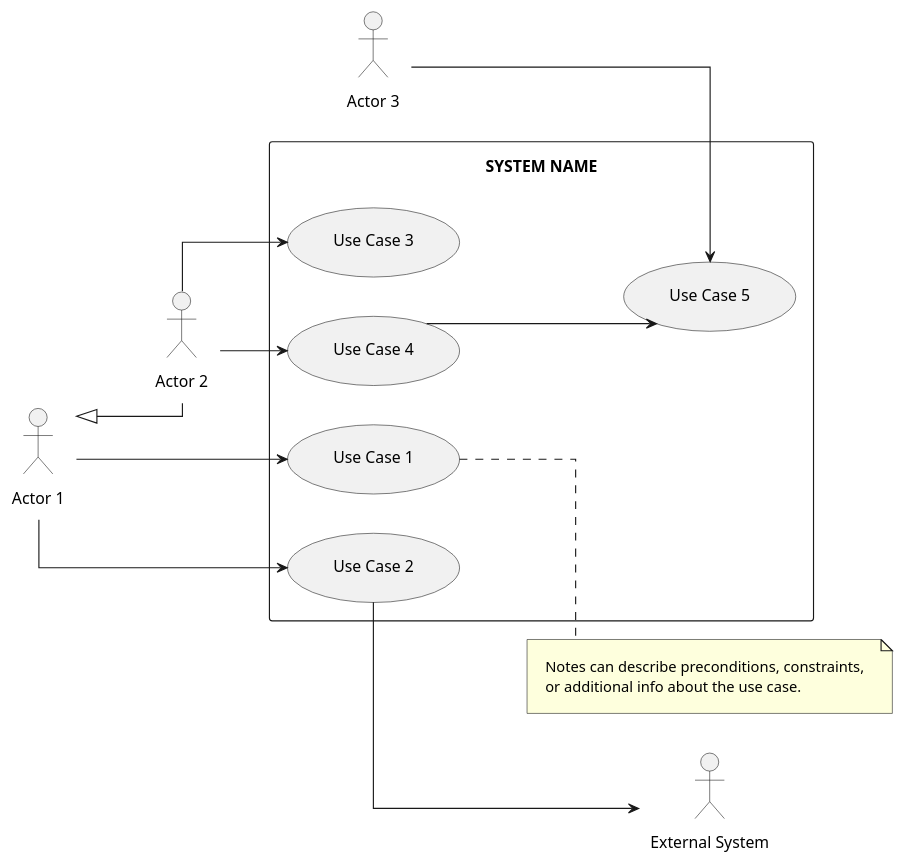
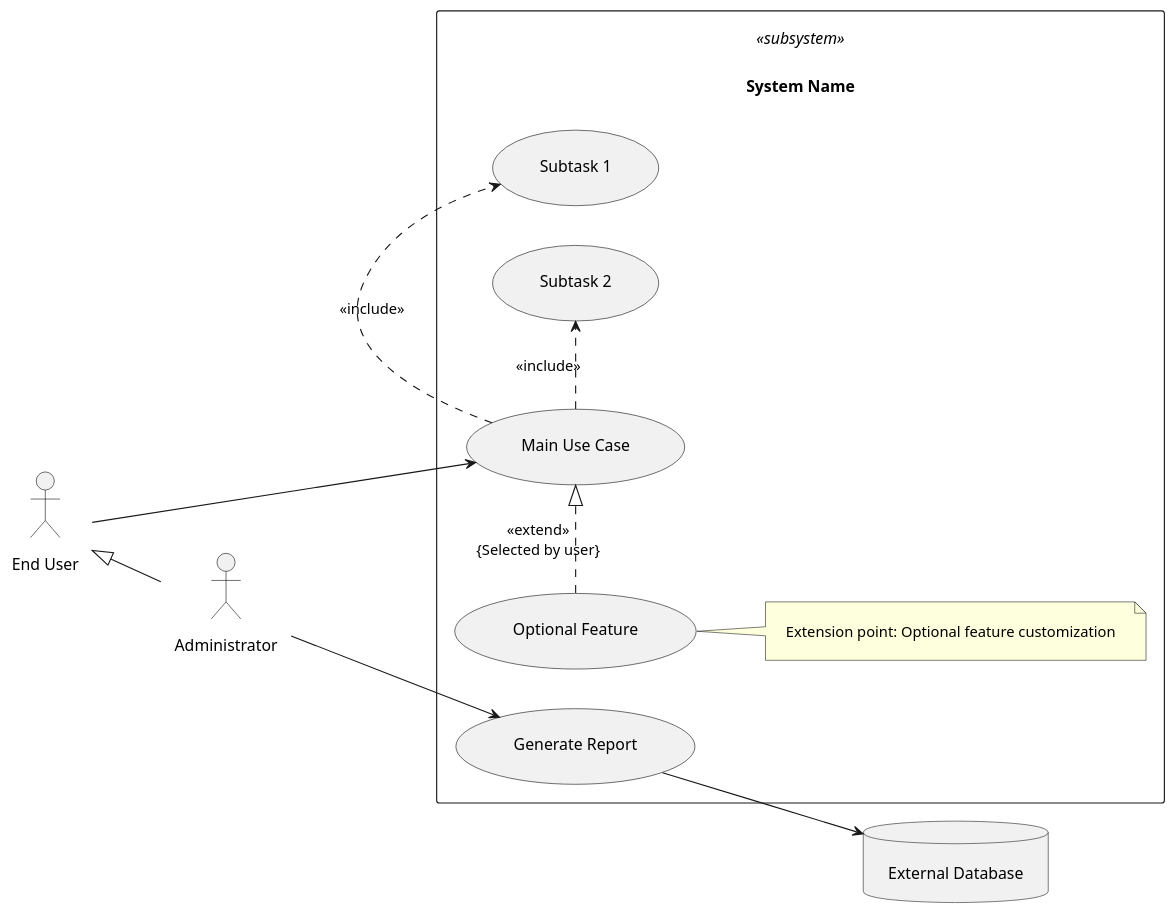
Before and after one commit to andikatjacobdennis/UML: the diagram in usecase/plantuml_usecase.puml, drawn with PlantUML. The commit also changed 1 other file, not shown here.

Commit message:
updated usecase

```diff
--- a/usecase/plantuml_usecase.puml
+++ b/usecase/plantuml_usecase.puml
@@ -1,48 +1,47 @@
 @startuml
 
-skinparam linetype polyline
-skinparam linetype ortho
-skinparam Shadowing false
-skinparam Padding 10
-skinparam NodePadding 10
-skinparam ComponentPadding 10
-
-' UML 2.5 Compliant Use Case Diagram Template
-
+' Layout & Style
 left to right direction
 skinparam packageStyle rectangle
+skinparam Shadowing false
+skinparam Padding 12
+skinparam NodePadding 12
+skinparam ComponentPadding 12
+skinparam ActorBorderColor black
+skinparam ActorFontColor black
+skinparam UsecaseBorderColor black
+skinparam UsecaseFontColor black
 
 ' Actors
-actor "Actor 1" as ACT1
-actor "Actor 2" as ACT2
-actor "Actor 3" as ACT3
-actor "External System" as EXT
+actor "End User" as USER
+actor "Administrator" as ADMIN
+database "External Database" as EXTDATA
 
-' Generalization among actors
-ACT1 <|-- ACT2
+' Actor hierarchy
+USER <|-- ADMIN
 
 ' System / Use Cases
-package "SYSTEM NAME" {
-  usecase "Use Case 1" as UC1
-  usecase "Use Case 2" as UC2
-  usecase "Use Case 3" as UC3
-  usecase "Use Case 4" as UC4
-  usecase "Use Case 5" as UC5
+package "System Name" <<subsystem>> {
+  usecase "Main Use Case" as MAIN_UC
+  usecase "Subtask 1" as SUB1
+  usecase "Subtask 2" as SUB2
+  usecase "Optional Feature" as OPTIONAL
+  usecase "Generate Report" as REPORT
+
+  ' Include relationships
+  MAIN_UC .> SUB1 : <<include>>
+  MAIN_UC .> SUB2 : <<include>>
+
+  ' Extend relationship
+  OPTIONAL .|> MAIN_UC : <<extend>>\n{Selected by user}
+  note right of OPTIONAL
+    Extension point: Optional feature customization
+  end note
 }
 
-' Relationships
-ACT1 --> UC1
-ACT1 --> UC2
-ACT2 --> UC3
-ACT2 --> UC4
-ACT3 --> UC5
-UC4 --> UC5
-UC2 --> EXT
-
-' Notes
-note right of UC1
-  Notes can describe preconditions, constraints,
-  or additional info about the use case.
-end note
+' Actor interactions
+USER --> MAIN_UC
+ADMIN --> REPORT
+REPORT --> EXTDATA
 
 @enduml
```
